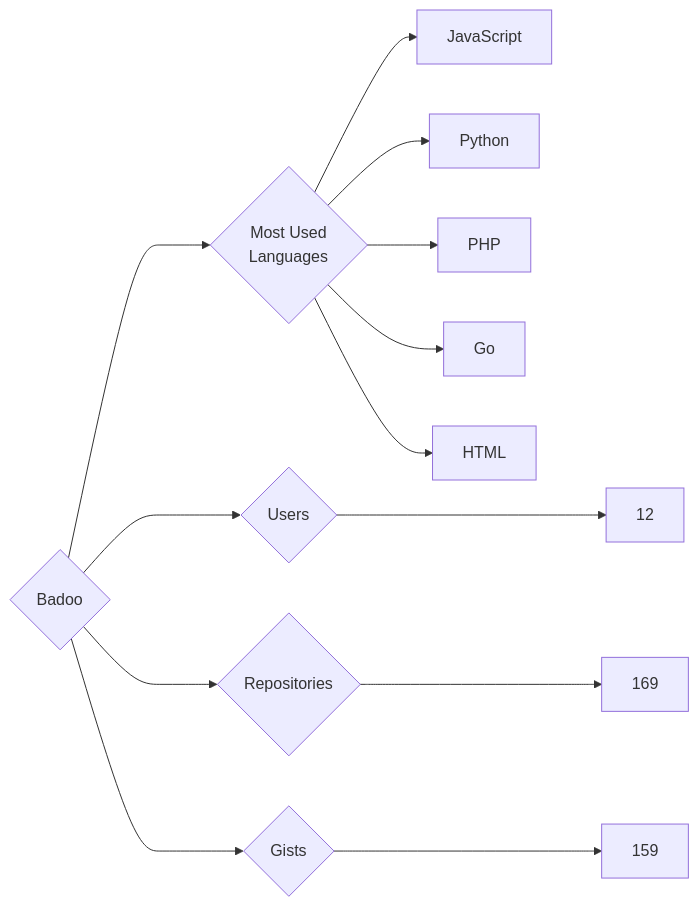
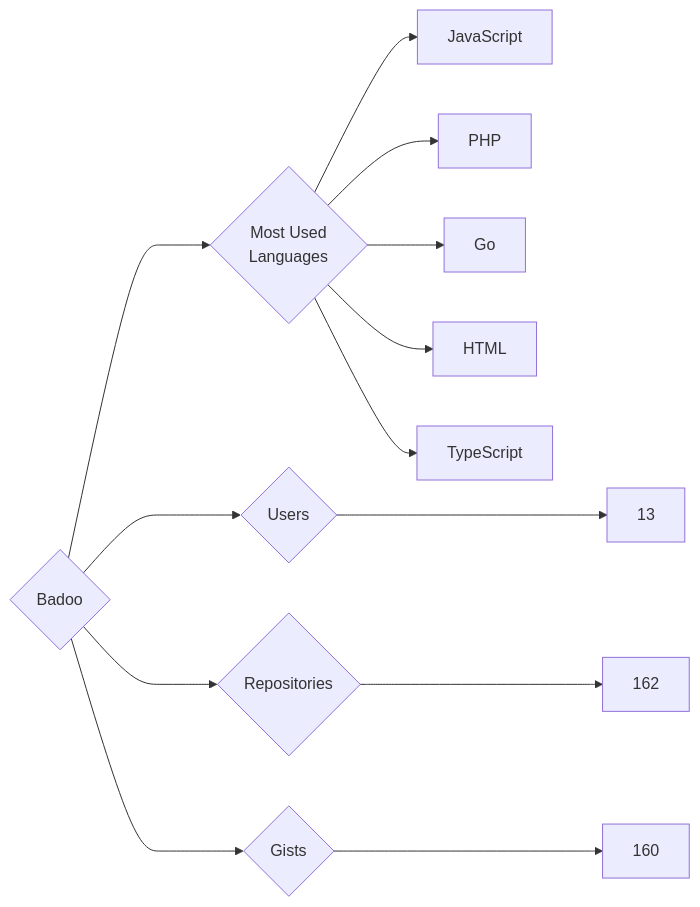
One commit to trickest/insiders changed the diagram in targets/Badoo/README.md. Above: the diagram before and after it, drawn with Mermaid. The commit also changed 1030 other files, not shown here.

````diff
--- a/targets/Badoo/README.md
+++ b/targets/Badoo/README.md
@@ -3,13 +3,13 @@
 ```mermaid
 graph LR
 COMPANY_NAME{Badoo}
-COMPANY_NAME ---> U{Users} ---> UN[12]
-COMPANY_NAME ---> R{Repositories} ---> RN[169]
-COMPANY_NAME ---> G{Gists} ---> GN[159]
+COMPANY_NAME ---> U{Users} ---> UN[13]
+COMPANY_NAME ---> R{Repositories} ---> RN[162]
+COMPANY_NAME ---> G{Gists} ---> GN[160]
 COMPANY_NAME ---> ML{Most Used<br>Languages}
 ML --> JavaScript[JavaScript]
-ML --> Python[Python]
 ML --> PHP[PHP]
 ML --> Go[Go]
 ML --> HTML[HTML]
+ML --> TypeScript[TypeScript]
 ```
````
